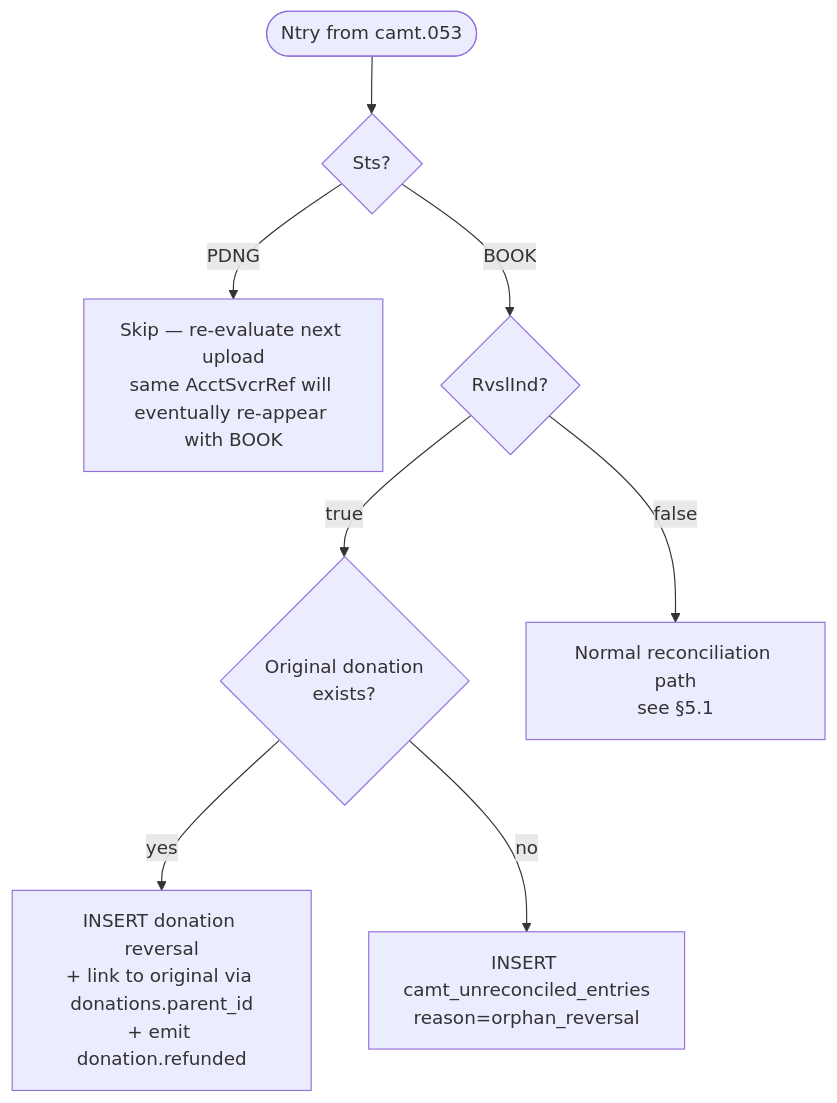
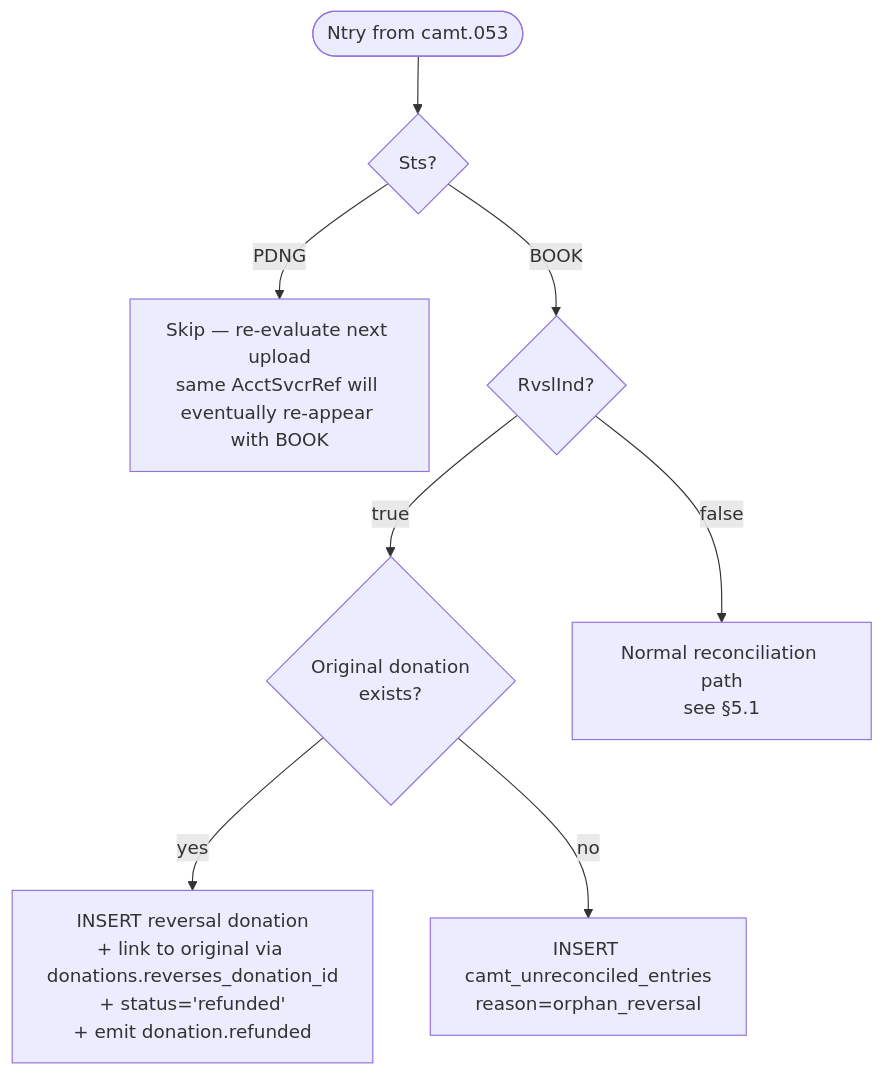
One commit to purposestack/givernance changed the seventh of 9 diagrams in docs/25-swiss-qr-bill.md. Above: the diagram before and after it, drawn with Mermaid. The commit also changed other lines of this file, not shown here.

````diff
--- a/docs/25-swiss-qr-bill.md
+++ b/docs/25-swiss-qr-bill.md
@@ -597,10 +597,10 @@
 ```mermaid
 flowchart TD
     Entry([Ntry from camt.053]) --> A{Sts?}
     A -->|PDNG| Skip[Skip — re-evaluate next upload<br/>same AcctSvcrRef will eventually re-appear with BOOK]
     A -->|BOOK| B{RvslInd?}
     B -->|true| C{Original donation<br/>exists?}
     B -->|false| Norm[Normal reconciliation path<br/>see §5.1]
-    C -->|yes| D[INSERT donation reversal<br/>+ link to original via donations.parent_id<br/>+ emit donation.refunded]
+    C -->|yes| D[INSERT reversal donation<br/>+ link to original via donations.reverses_donation_id<br/>+ status='refunded'<br/>+ emit donation.refunded]
     C -->|no| E[INSERT camt_unreconciled_entries<br/>reason=orphan_reversal]
 ```
````
